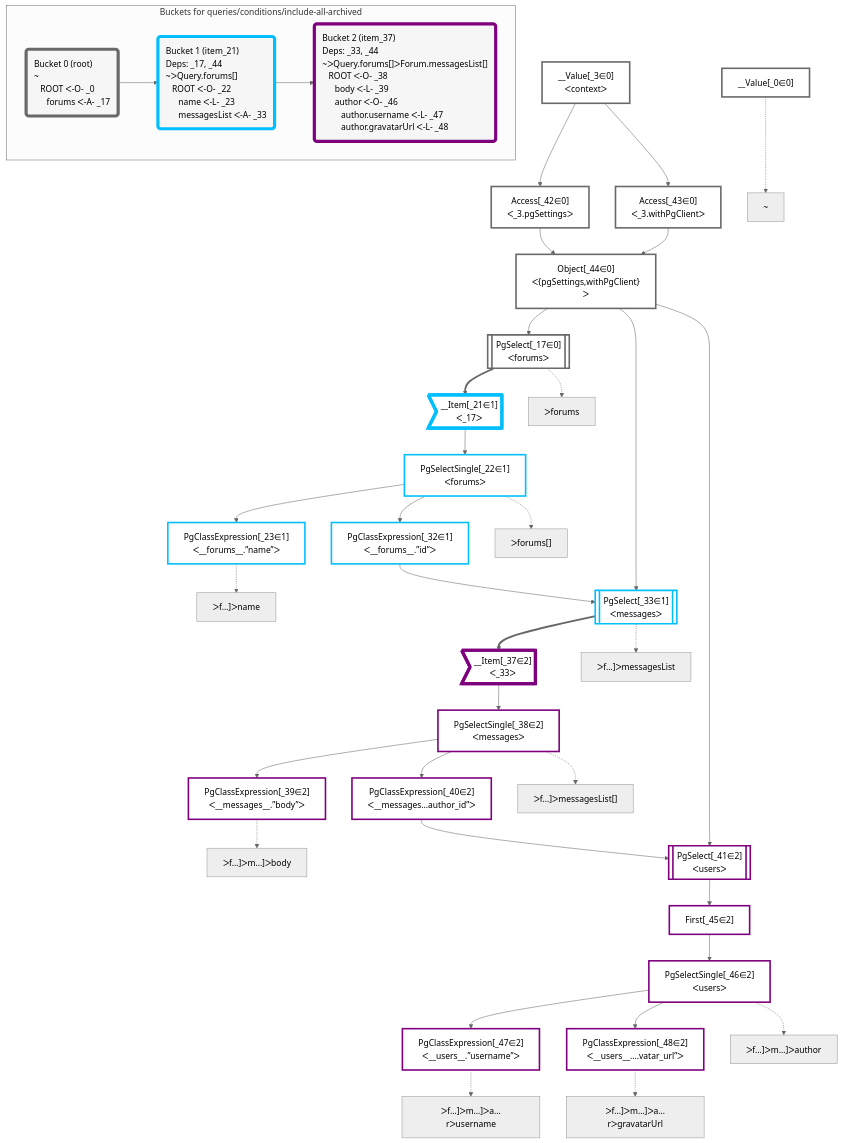
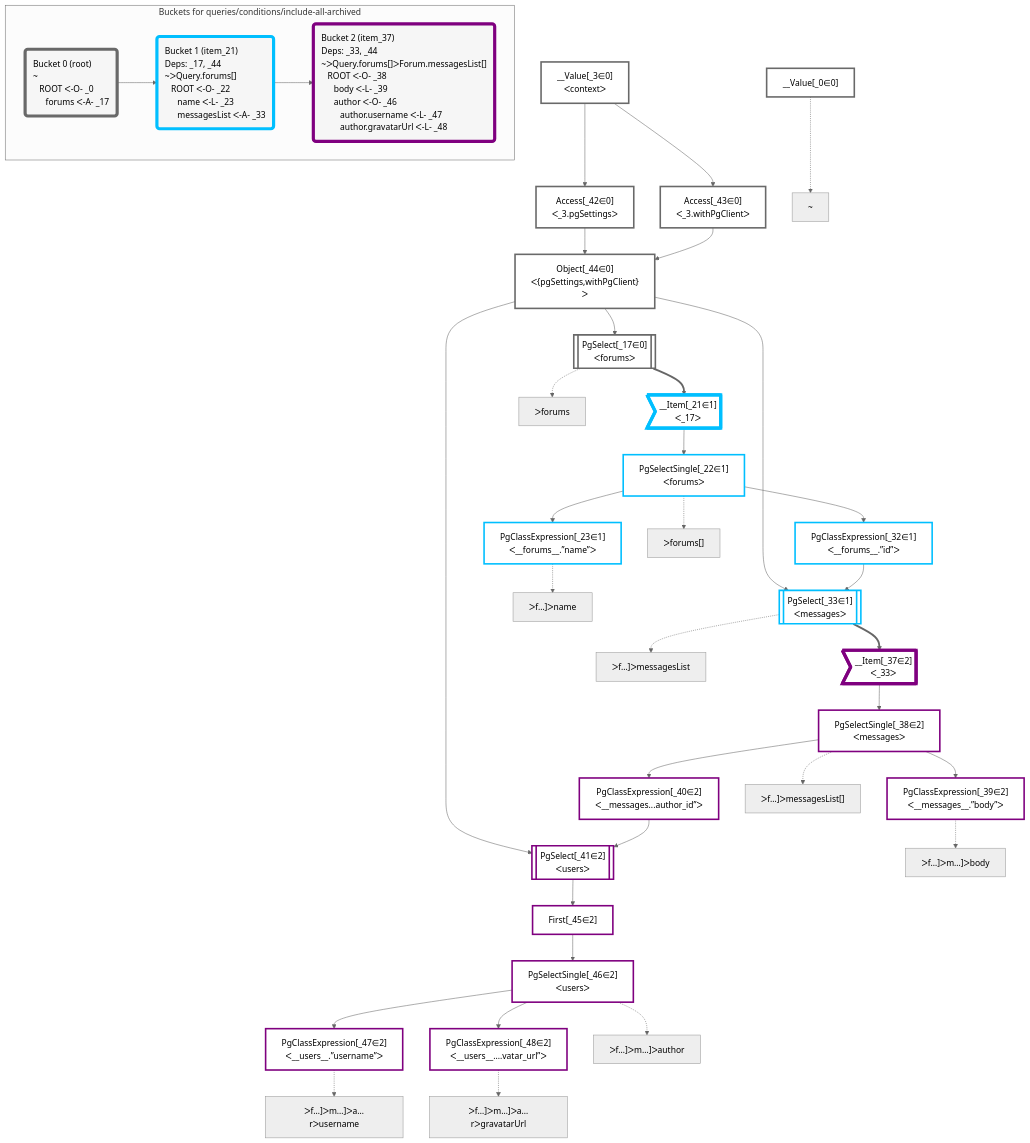
Before and after one commit to graphile/crystal: the diagram in packages/dataplan-pg/__tests__/queries/conditions/include-all-archived.deopt.mermaid.md, drawn with Mermaid (neutral theme). The commit also changed other lines of this file and 195 other files, not shown here.

```diff
--- a/packages/dataplan-pg/__tests__/queries/conditions/include-all-archived.deopt.mermaid.md
+++ b/packages/dataplan-pg/__tests__/queries/conditions/include-all-archived.deopt.mermaid.md
@@ -9,45 +9,45 @@
 
     %% define plans
     __Value_0["__Value[_0∈0]"]:::plan
-    __Value_3["__Value[_3∈0]<br />ᐸcontextᐳ"]:::plan
+    PgClassExpression_23["PgClassExpression[_23∈1]<br />ᐸ__forums__.”name”ᐳ"]:::plan
+    PgClassExpression_39["PgClassExpression[_39∈2]<br />ᐸ__messages__.”body”ᐳ"]:::plan
+    PgClassExpression_47["PgClassExpression[_47∈2]<br />ᐸ__users__.”username”ᐳ"]:::plan
+    PgClassExpression_48["PgClassExpression[_48∈2]<br />ᐸ__users__....vatar_url”ᐳ"]:::plan
+    PgSelectSingle_46["PgSelectSingle[_46∈2]<br />ᐸusersᐳ"]:::plan
+    First_45["First[_45∈2]"]:::plan
+    PgSelect_41[["PgSelect[_41∈2]<br />ᐸusersᐳ"]]:::plan
+    PgClassExpression_40["PgClassExpression[_40∈2]<br />ᐸ__messages...author_id”ᐳ"]:::plan
+    PgSelectSingle_38["PgSelectSingle[_38∈2]<br />ᐸmessagesᐳ"]:::plan
+    __Item_37>"__Item[_37∈2]<br />ᐸ_33ᐳ"]:::itemplan
+    PgSelect_33[["PgSelect[_33∈1]<br />ᐸmessagesᐳ"]]:::plan
+    PgClassExpression_32["PgClassExpression[_32∈1]<br />ᐸ__forums__.”id”ᐳ"]:::plan
+    PgSelectSingle_22["PgSelectSingle[_22∈1]<br />ᐸforumsᐳ"]:::plan
+    __Item_21>"__Item[_21∈1]<br />ᐸ_17ᐳ"]:::itemplan
     PgSelect_17[["PgSelect[_17∈0]<br />ᐸforumsᐳ"]]:::plan
-    __Item_21>"__Item[_21∈1]<br />ᐸ_17ᐳ"]:::itemplan
-    PgSelectSingle_22["PgSelectSingle[_22∈1]<br />ᐸforumsᐳ"]:::plan
-    PgClassExpression_23["PgClassExpression[_23∈1]<br />ᐸ__forums__.”name”ᐳ"]:::plan
-    PgClassExpression_32["PgClassExpression[_32∈1]<br />ᐸ__forums__.”id”ᐳ"]:::plan
-    PgSelect_33[["PgSelect[_33∈1]<br />ᐸmessagesᐳ"]]:::plan
-    __Item_37>"__Item[_37∈2]<br />ᐸ_33ᐳ"]:::itemplan
-    PgSelectSingle_38["PgSelectSingle[_38∈2]<br />ᐸmessagesᐳ"]:::plan
-    PgClassExpression_39["PgClassExpression[_39∈2]<br />ᐸ__messages__.”body”ᐳ"]:::plan
-    PgClassExpression_40["PgClassExpression[_40∈2]<br />ᐸ__messages...author_id”ᐳ"]:::plan
-    PgSelect_41[["PgSelect[_41∈2]<br />ᐸusersᐳ"]]:::plan
+    Object_44["Object[_44∈0]<br />ᐸ{pgSettings,withPgClient}ᐳ"]:::plan
     Access_42["Access[_42∈0]<br />ᐸ_3.pgSettingsᐳ"]:::plan
     Access_43["Access[_43∈0]<br />ᐸ_3.withPgClientᐳ"]:::plan
-    Object_44["Object[_44∈0]<br />ᐸ{pgSettings,withPgClient}ᐳ"]:::plan
-    First_45["First[_45∈2]"]:::plan
-    PgSelectSingle_46["PgSelectSingle[_46∈2]<br />ᐸusersᐳ"]:::plan
-    PgClassExpression_47["PgClassExpression[_47∈2]<br />ᐸ__users__.”username”ᐳ"]:::plan
-    PgClassExpression_48["PgClassExpression[_48∈2]<br />ᐸ__users__....vatar_url”ᐳ"]:::plan
+    __Value_3["__Value[_3∈0]<br />ᐸcontextᐳ"]:::plan
 
     %% plan dependencies
+    PgSelectSingle_22 --> PgClassExpression_23
+    PgSelectSingle_38 --> PgClassExpression_39
+    PgSelectSingle_46 --> PgClassExpression_47
+    PgSelectSingle_46 --> PgClassExpression_48
+    First_45 --> PgSelectSingle_46
+    PgSelect_41 --> First_45
+    Object_44 & PgClassExpression_40 --> PgSelect_41
+    PgSelectSingle_38 --> PgClassExpression_40
+    __Item_37 --> PgSelectSingle_38
+    PgSelect_33 ==> __Item_37
+    Object_44 & PgClassExpression_32 --> PgSelect_33
+    PgSelectSingle_22 --> PgClassExpression_32
+    __Item_21 --> PgSelectSingle_22
+    PgSelect_17 ==> __Item_21
     Object_44 --> PgSelect_17
-    PgSelect_17 ==> __Item_21
-    __Item_21 --> PgSelectSingle_22
-    PgSelectSingle_22 --> PgClassExpression_23
-    PgSelectSingle_22 --> PgClassExpression_32
-    Object_44 & PgClassExpression_32 --> PgSelect_33
-    PgSelect_33 ==> __Item_37
-    __Item_37 --> PgSelectSingle_38
-    PgSelectSingle_38 --> PgClassExpression_39
-    PgSelectSingle_38 --> PgClassExpression_40
-    Object_44 & PgClassExpression_40 --> PgSelect_41
+    Access_42 & Access_43 --> Object_44
     __Value_3 --> Access_42
     __Value_3 --> Access_43
-    Access_42 & Access_43 --> Object_44
-    PgSelect_41 --> First_45
-    First_45 --> PgSelectSingle_46
-    PgSelectSingle_46 --> PgClassExpression_47
-    PgSelectSingle_46 --> PgClassExpression_48
 
     %% plan-to-path relationships
     P_0["~"]
```
